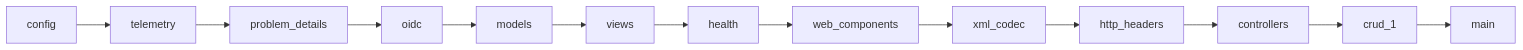
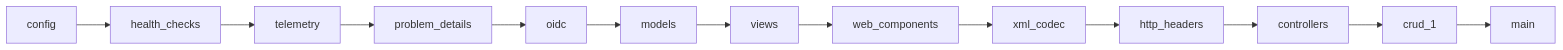
One commit to craftainer/template-fastapi changed the second of 3 diagrams in docs/system-design.md. Above: the diagram before and after it, drawn with Mermaid. The commit also changed other lines of this file and 26 other files, not shown here.

````diff
--- a/docs/system-design.md
+++ b/docs/system-design.md
@@ -43,6 +43,6 @@
 ```mermaid
 graph LR
-    config --> telemetry --> problem_details --> oidc --> models
-    models --> views --> health --> web_components --> xml_codec
+    config --> health_checks --> telemetry --> problem_details --> oidc
+    oidc --> models --> views --> web_components --> xml_codec
     xml_codec --> http_headers --> controllers --> crud_1 --> main
 ```
````
